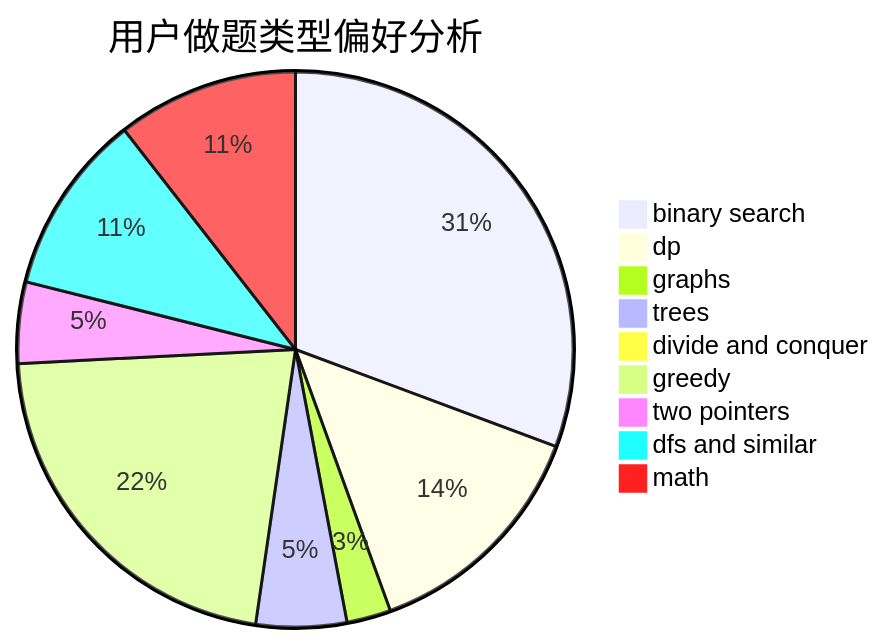
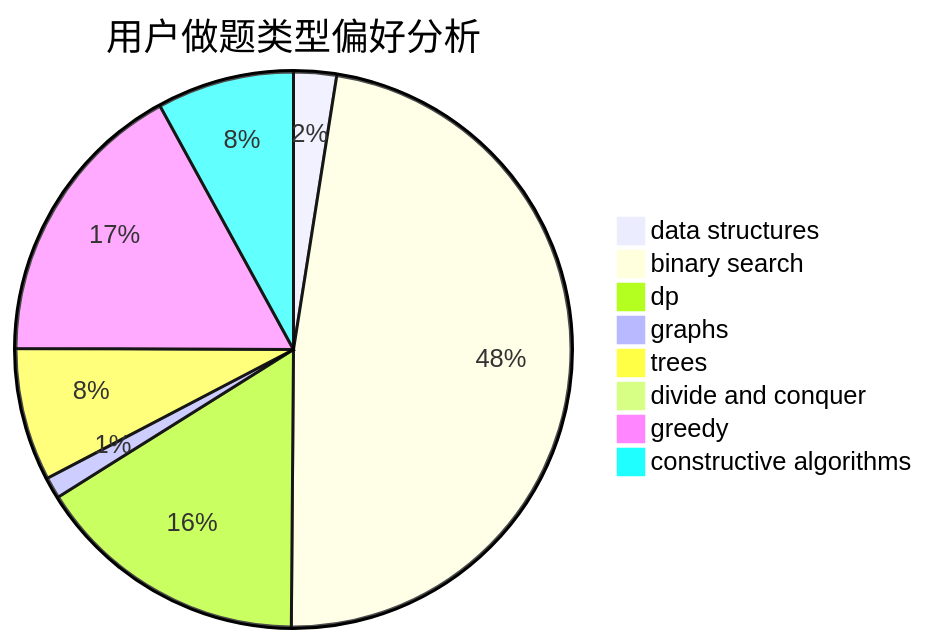
The second of 3 diagrams in docs/user/u61.md (sherpahu/cfrs.github.io), drawn with Mermaid before and after one commit. The commit also changed other lines of this file and 2775 other files, not shown here.

````diff
--- a/docs/user/u61.md
+++ b/docs/user/u61.md
@@ -23,12 +23,11 @@
 ```mermaid
 pie title 用户做题类型偏好分析
-    "binary search" :  227
-    "dp" :  102
-    "graphs" :  19
-    "trees" :  39
+    "data structures" :  10
+    "binary search" :  191
+    "dp" :  64
+    "graphs" :  5
+    "trees" :  31
     "divide and conquer" :  0
-    "greedy" :  162
-    "two pointers" :  35
-    "dfs and similar" :  78
-    "math" :  78
+    "greedy" :  68
+    "constructive algorithms" :  32
 ```
````
